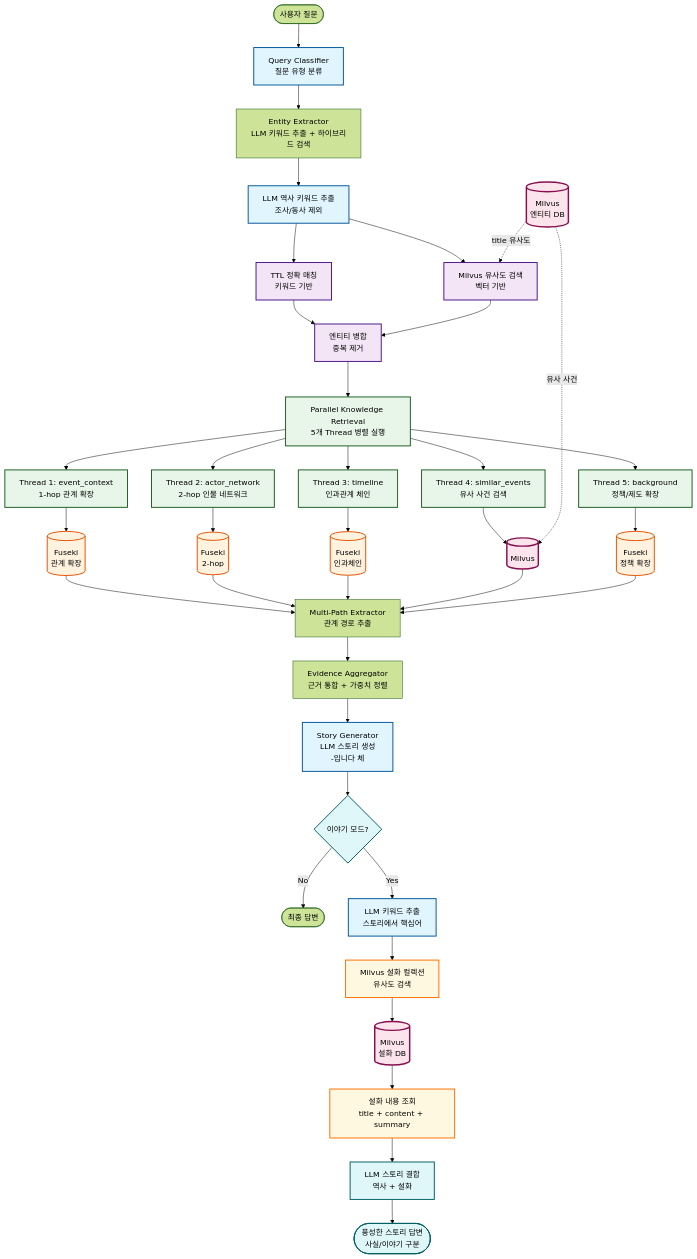
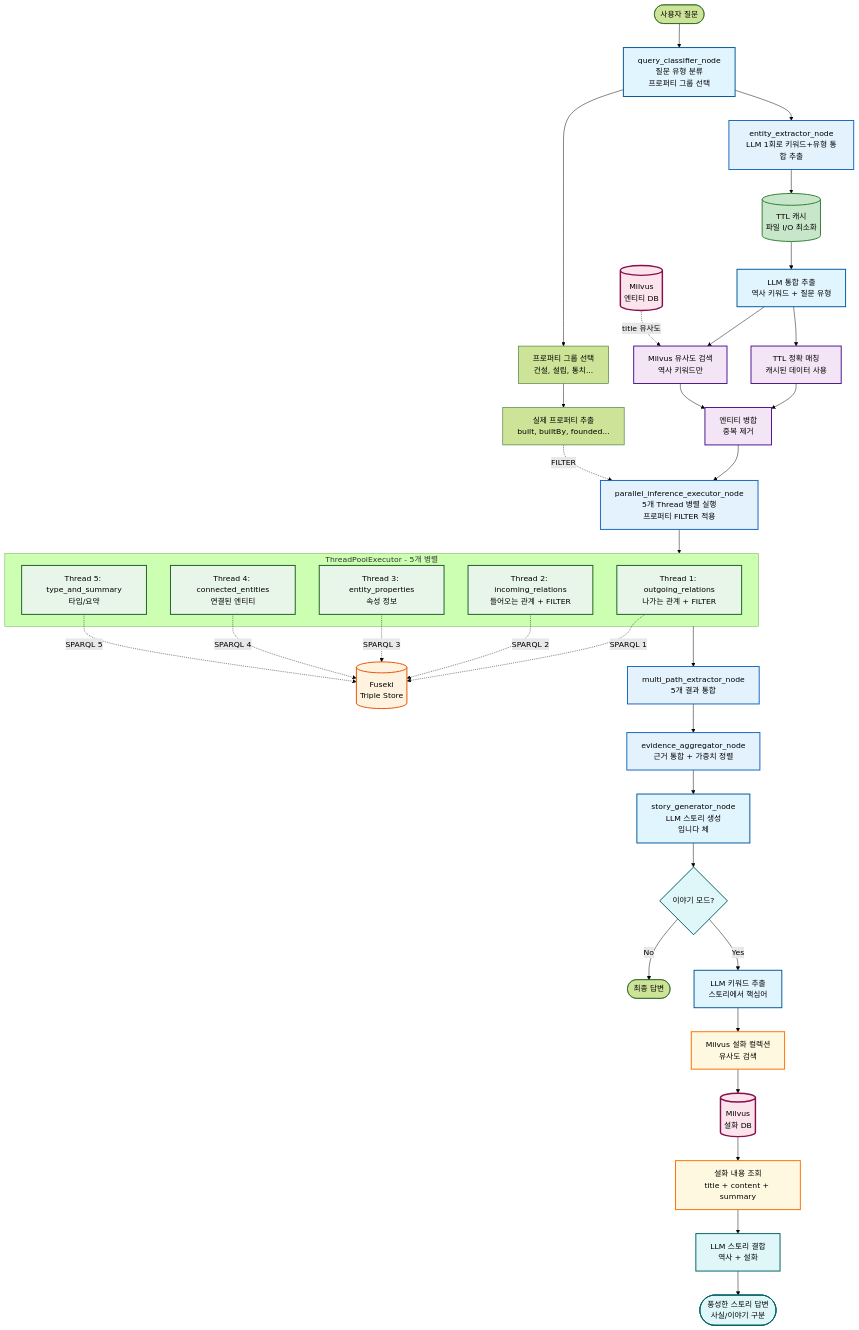
Before and after one commit to SKNETWORKS-FAMILY-AICAMP/SKN18-FINAL-3TEAM: the first of 5 diagrams in BackEnd/ontology_langgraph_structure/docs/README.md, drawn with Mermaid (forest theme). The commit also changed other lines of this file and 11 other files, not shown here.

````diff
--- a/BackEnd/ontology_langgraph_structure/docs/README.md
+++ b/BackEnd/ontology_langgraph_structure/docs/README.md
@@ -5,71 +5,82 @@
 ```mermaid
 graph TD
-    Start([사용자 질문]) --> QueryClassifier[Query Classifier<br/>질문 유형 분류]
+    Start([사용자 질문]) --> QueryClassifier[query_classifier_node<br/>질문 유형 분류<br/>프로퍼티 그룹 선택]
 
-    QueryClassifier --> EntityExtractor[Entity Extractor<br/>LLM 키워드 추출 + 하이브리드 검색]
+    QueryClassifier --> PropGroups[프로퍼티 그룹 선택<br/>건설, 설립, 통치...]
+    PropGroups --> PropList[실제 프로퍼티 추출<br/>built, builtBy, founded...]
 
-    %% 하이브리드 엔티티 추출
-    EntityExtractor --> LLMKeyword[LLM 역사 키워드 추출<br/>조사/동사 제외]
-    LLMKeyword --> TTLMatch[TTL 정확 매칭<br/>키워드 기반]
-    LLMKeyword --> MilvusSearch[Milvus 유사도 검색<br/>벡터 기반]
+    QueryClassifier --> EntityExtractor[entity_extractor_node<br/>LLM 1회로 키워드+유형 통합 추출]
+
+    %% 하이브리드 엔티티 추출 최적화
+    EntityExtractor --> TTLCache[(TTL 캐시<br/>파일 I/O 최소화)]
+    TTLCache --> LLMKeyword[LLM 통합 추출<br/>역사 키워드 + 질문 유형]
+
+    LLMKeyword --> TTLMatch[TTL 정확 매칭<br/>캐시된 데이터 사용]
+    LLMKeyword --> MilvusSearch[Milvus 유사도 검색<br/>역사 키워드만]
 
     TTLMatch --> EntityMerge[엔티티 병합<br/>중복 제거]
     MilvusSearch --> EntityMerge
 
-    EntityMerge --> ParallelKnowledge[Parallel Knowledge Retrieval<br/>5개 Thread 병렬 실행]
+    MilvusDB[(Milvus<br/>엔티티 DB)] -.->|title 유사도| MilvusSearch
 
-    ParallelKnowledge --> Thread1[Thread 1: event_context<br/>1-hop 관계 확장]
-    ParallelKnowledge --> Thread2[Thread 2: actor_network<br/>2-hop 인물 네트워크]
-    ParallelKnowledge --> Thread3[Thread 3: timeline<br/>인과관계 체인]
-    ParallelKnowledge --> Thread4[Thread 4: similar_events<br/>유사 사건 검색]
-    ParallelKnowledge --> Thread5[Thread 5: background<br/>정책/제도 확장]
+    EntityMerge --> ParallelNode[parallel_inference_executor_node<br/>5개 Thread 병렬 실행<br/>프로퍼티 FILTER 적용]
 
-    Thread1 --> Fuseki1[(Fuseki<br/>관계 확장)]
-    Thread2 --> Fuseki2[(Fuseki<br/>2-hop)]
-    Thread3 --> Fuseki3[(Fuseki<br/>인과체인)]
-    Thread4 --> Milvus4[(Milvus)]
-    Thread5 --> Fuseki5[(Fuseki<br/>정책 확장)]
+    PropList -.->|FILTER| ParallelNode
 
-    Fuseki1 --> PathExtractor[Multi-Path Extractor<br/>관계 경로 추출]
-    Fuseki2 --> PathExtractor
-    Fuseki3 --> PathExtractor
-    Milvus4 --> PathExtractor
-    Fuseki5 --> PathExtractor
+    %% 5개 Thread - 각각 독립적으로 SPARQL 생성 + Fuseki 검색
+    subgraph ThreadPool["ThreadPoolExecutor - 5개 병렬"]
+        Thread1[Thread 1: outgoing_relations<br/>나가는 관계 + FILTER]
+        Thread2[Thread 2: incoming_relations<br/>들어오는 관계 + FILTER]
+        Thread3[Thread 3: entity_properties<br/>속성 정보]
+        Thread4[Thread 4: connected_entities<br/>연결된 엔티티]
+        Thread5[Thread 5: type_and_summary<br/>타입/요약]
+    end
 
-    PathExtractor --> EvidenceAgg[Evidence Aggregator<br/>근거 통합 + 가중치 정렬]
+    ParallelNode --> ThreadPool
 
-    EvidenceAgg --> StoryGen[Story Generator<br/>LLM 스토리 생성<br/>-입니다 체]
+    Thread1 -.->|SPARQL 1| Fuseki[(Fuseki<br/>Triple Store)]
+    Thread2 -.->|SPARQL 2| Fuseki
+    Thread3 -.->|SPARQL 3| Fuseki
+    Thread4 -.->|SPARQL 4| Fuseki
+    Thread5 -.->|SPARQL 5| Fuseki
+
+    ThreadPool --> PathExtractor[multi_path_extractor_node<br/>5개 결과 통합]
+
+    PathExtractor --> EvidenceAgg[evidence_aggregator_node<br/>근거 통합 + 가중치 정렬]
+
+    EvidenceAgg --> StoryGen[story_generator_node<br/>LLM 스토리 생성<br/>입니다 체]
 
     StoryGen --> StoryModeCheck{이야기 모드?}
 
     StoryModeCheck -->|No| Output([최종 답변])
     StoryModeCheck -->|Yes| KeywordExtract[LLM 키워드 추출<br/>스토리에서 핵심어]
 
     %% 설화 검색 상세 흐름
     KeywordExtract --> FolktaleSearch[Milvus 설화 컬렉션<br/>유사도 검색]
     FolktaleSearch --> FolktaleDB[(Milvus<br/>설화 DB)]
     FolktaleDB --> ContentFetch[설화 내용 조회<br/>title + content + summary]
     ContentFetch --> StoryMerge[LLM 스토리 결합<br/>역사 + 설화]
     StoryMerge --> EnhancedOutput([풍성한 스토리 답변<br/>사실/이야기 구분])
 
-    %% Milvus 연결
-    MilvusDB[(Milvus<br/>엔티티 DB)] -.->|title 유사도| MilvusSearch
-    MilvusDB -.->|유사 사건| Milvus4
-
     %% 스타일
     classDef llmNode fill:#e1f5ff,stroke:#01579b,stroke-width:2px
     classDef dbNode fill:#fff3e0,stroke:#e65100,stroke-width:2px
     classDef parallelNode fill:#e8f5e9,stroke:#1b5e20,stroke-width:2px
     classDef vectorNode fill:#fce4ec,stroke:#880e4f,stroke-width:3px
     classDef hybridNode fill:#f3e5f5,stroke:#4a148c,stroke-width:2px
     classDef storyNode fill:#e0f7fa,stroke:#006064,stroke-width:2px
     classDef folktaleNode fill:#fff8e1,stroke:#ff6f00,stroke-width:2px
+    classDef nodeStyle fill:#e3f2fd,stroke:#1565c0,stroke-width:2px
+    classDef cacheNode fill:#c8e6c9,stroke:#2e7d32,stroke-width:2px
 
     class QueryClassifier,StoryGen,LLMKeyword,KeywordExtract llmNode
-    class Fuseki1,Fuseki2,Fuseki3,Fuseki5 dbNode
-    class Thread1,Thread2,Thread3,Thread4,Thread5,ParallelKnowledge parallelNode
-    class MilvusDB,Milvus4,FolktaleDB vectorNode
+    class Fuseki dbNode
+    class Thread1,Thread2,Thread3,Thread4,Thread5 parallelNode
+    class MilvusDB,FolktaleDB vectorNode
     class TTLMatch,MilvusSearch,EntityMerge hybridNode
     class StoryModeCheck,StoryMerge,EnhancedOutput storyNode
     class FolktaleSearch,ContentFetch folktaleNode
+    class ParallelNode,PathExtractor,EvidenceAgg,EntityExtractor nodeStyle
+    class TTLCache cacheNode
+    class PropGroups,PropList fill:#fff9c4,stroke:#f57f17,stroke-width:2px
 ```
````
